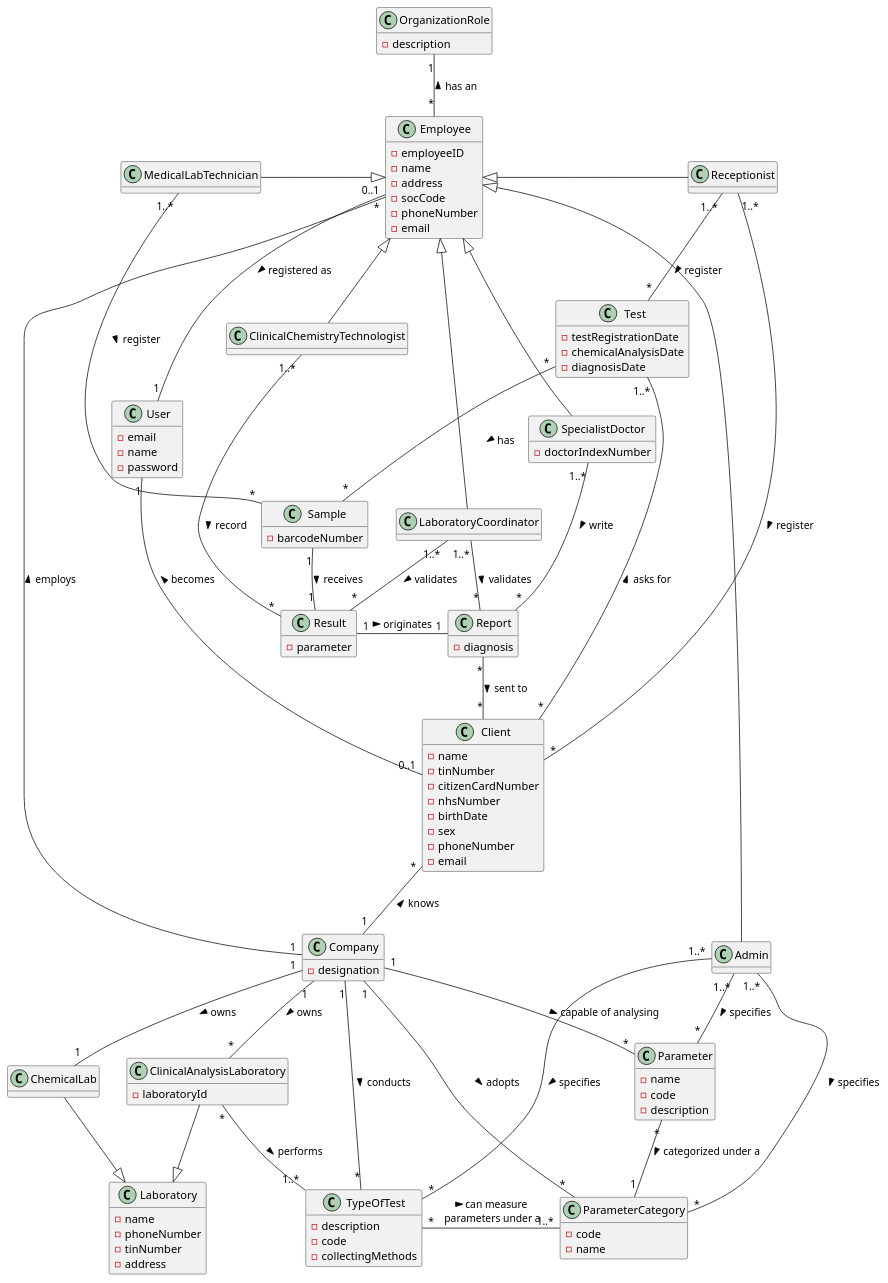
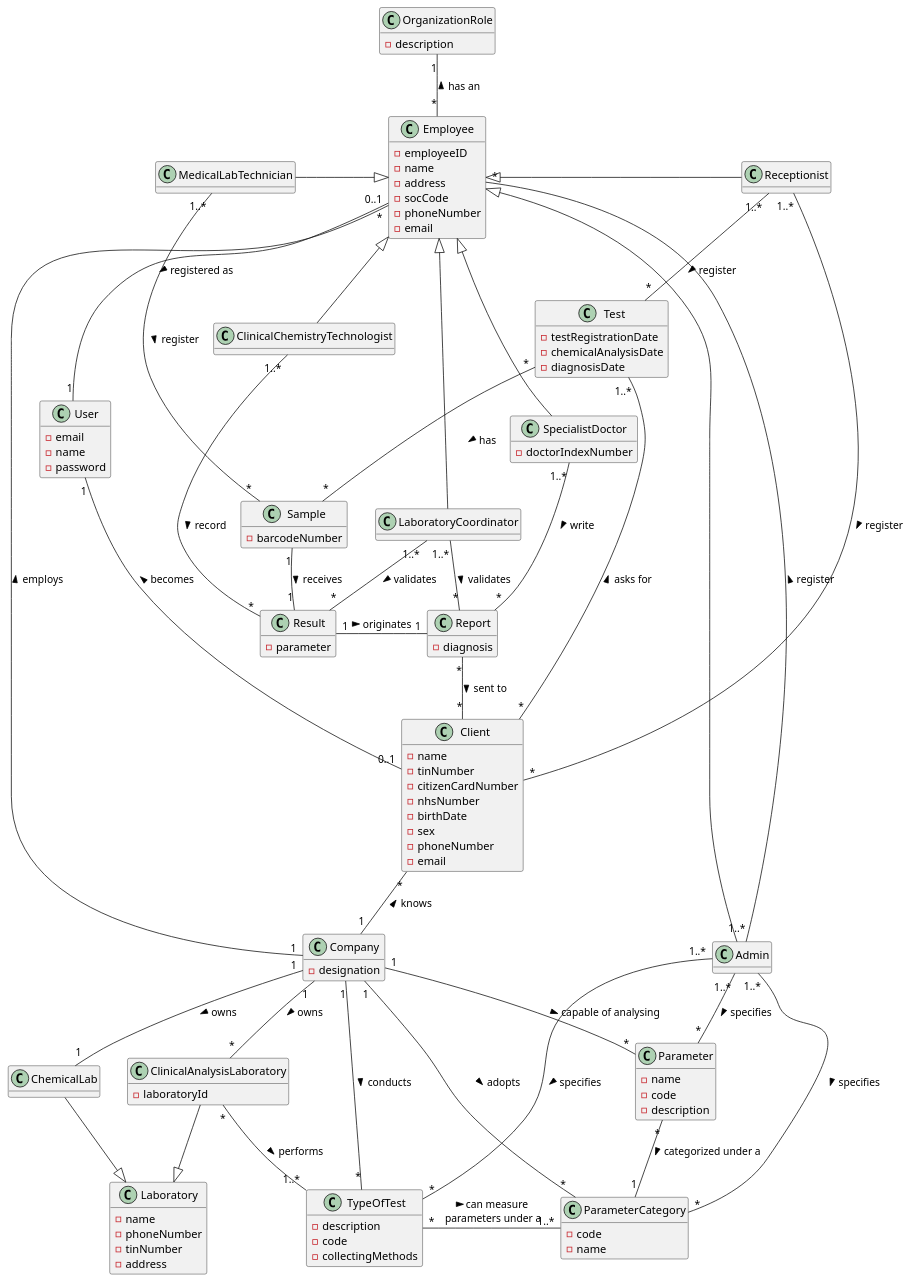
The diagram in docs/SprintC/DM Diagram.puml (GuilhermeCunha79/lapr2), drawn with PlantUML before and after one commit. The commit also changed 22 other files, not shown here.

Commit message:
[US-10] Improvements to the US-10 documentation diagrams and code [US-11] Improvements to the US-11 documentation, diagrams and code [Fixes] Removed connection between UI and domain Layer in US-10 functionalities.

```diff
--- a/docs/SprintC/DM Diagram.puml
+++ b/docs/SprintC/DM Diagram.puml
@@ -1,136 +1,136 @@
 @startuml
 
 hide methods
 
 
 class Company{
  -designation
 }
 
 class Client{
  -name
  -tinNumber
  -citizenCardNumber
  -nhsNumber
  -birthDate
  -sex
  -phoneNumber
  -email
 }
 
 class Employee{
  -employeeID
  -name
  -address
  -socCode
  -phoneNumber
  -email
 }
 
 class Report{
  -diagnosis
 }
 
 class Result{
  -parameter
 }
 
 class Parameter{
  -name
  -code
  -description
 }
 
 class ParameterCategory{
  -code
  -name
 }
 
 class TypeOfTest{
  -description
  -code
  -collectingMethods
 }
 
 class Laboratory{
  -name
  -phoneNumber
  -tinNumber
  -address
 }
 
 class ClinicalAnalysisLaboratory {
  -laboratoryId
 }
 
 class SpecialistDoctor {
  -doctorIndexNumber
 }
 
 class Sample {
  -barcodeNumber
 }
 
 class Test {
  -testRegistrationDate
  -chemicalAnalysisDate
  -diagnosisDate
 }
 
 class ChemicalLab {
 }
 
 class User {
  -email
  -name
  -password
 }
 
 class OrganizationRole {
  -description
 }
 
 Company"1" -up- "*"Client : "> knows"
 Company"1" -left- "*"Employee : "> employs"
 Company"1" -- "1"ChemicalLab : "> owns"
 Employee <|-- SpecialistDoctor
 ChemicalLab --|> Laboratory
 ClinicalAnalysisLaboratory -|> Laboratory
 Employee"0..1" -- "1"User : "> registered as"
 TypeOfTest"*" -right- "1..*"ParameterCategory : "> can measure \n parameters under a"
 Parameter"*" -- "1"ParameterCategory : "> categorized under a"
 Employee"*" -up- "1"OrganizationRole : "> has an"
 Company"1" -- "*"ClinicalAnalysisLaboratory : "> owns"
 ClinicalAnalysisLaboratory"*" -- "1..*"TypeOfTest : "> performs"
 Company"1" - "*"TypeOfTest : "> conducts"
 Sample"1" -- "1"Result : "> receives"
 Result"1" - "1"Report : "> originates"
 Report"*" -- "*"Client : "> sent to"
 Client"0..1" -up- "1"User : "> becomes"
 Employee <|-- Admin
 Admin"1..*" -- "*"ParameterCategory : "> specifies"
 Company"1" -- "*"ParameterCategory : "> adopts"
 Admin"1..*" -- "*"TypeOfTest : "> specifies"
 Admin"1..*" -- "*"Parameter : "> specifies"
-
+Admin"1..*" -- "*"Employee : "> register"
 Employee <|- Receptionist
 Receptionist"1..*" -- "*"Test : "> register"
 Receptionist"1..*" -- "*"Client : "> register"
 
 Test"*" -- "*"Sample : "> has"
 
 Client"*" -left- "1..*"Test : "> asks for"
 
 Employee <|-left- MedicalLabTechnician
 MedicalLabTechnician"1..*" -- "*"Sample : "> register"
 
 Employee <|-- ClinicalChemistryTechnologist
 ClinicalChemistryTechnologist"1..*" -- "*"Result : "> record"
 
 SpecialistDoctor"1..*" -- "*"Report : "> write"
 Company"1" -- "*"Parameter : "> capable of analysing"
 Employee <|- LaboratoryCoordinator
 LaboratoryCoordinator"1..*" -- "*"Report : "> validates"
 LaboratoryCoordinator"1..*" -- "*"Result : "> validates"
 
 @enduml
```
